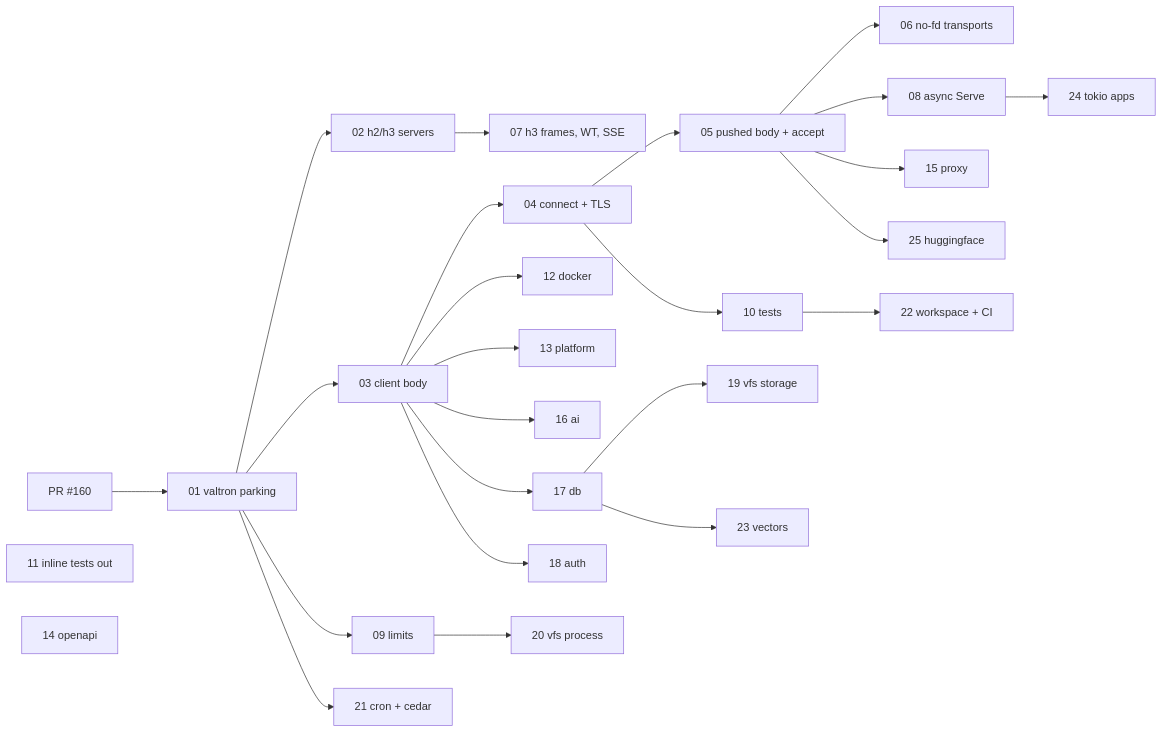
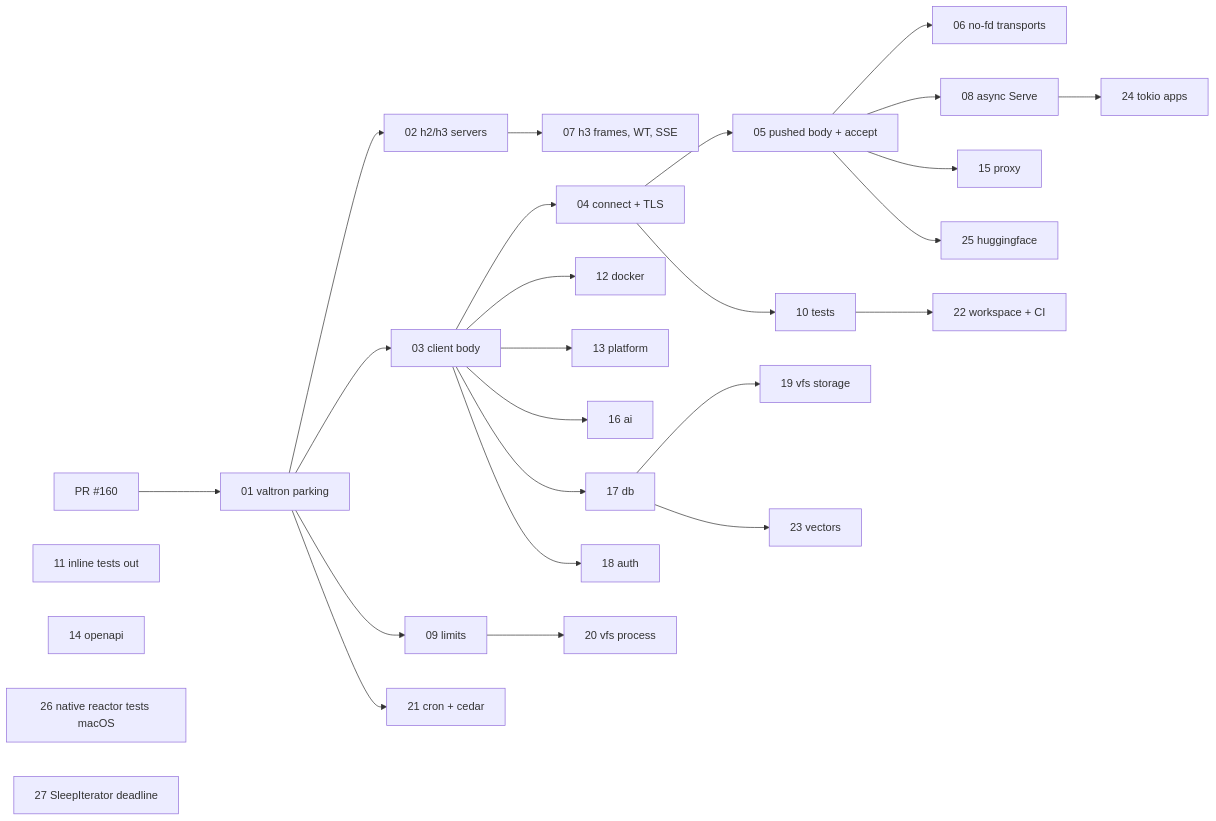
The diagram in specifications/70-foundational-io-hardening/requirements.md (ewe-studios/ewe_platform), drawn with Mermaid before and after one commit. The commit also changed other lines of this file and 4 other files, not shown here.

````diff
--- a/specifications/70-foundational-io-hardening/requirements.md
+++ b/specifications/70-foundational-io-hardening/requirements.md
@@ -156,28 +159,30 @@
 ```mermaid
 flowchart LR
     A[PR #160] --> F01[01 valtron parking]
     F01 --> F02[02 h2/h3 servers]
     F01 --> F03[03 client body]
     F01 --> F09[09 limits]
     F03 --> F04[04 connect + TLS]
     F04 --> F05[05 pushed body + accept]
     F05 --> F06[06 no-fd transports]
     F05 --> F08[08 async Serve]
     F02 --> F07[07 h3 frames, WT, SSE]
     F04 --> F10[10 tests]
     F11[11 inline tests out]
     F03 --> F12[12 docker]
     F03 --> F13[13 platform]
     F14[14 openapi]
     F05 --> F15[15 proxy]
     F03 --> F16[16 ai]
     F03 --> F17[17 db]
     F03 --> F18[18 auth]
     F17 --> F19[19 vfs storage]
     F09 --> F20[20 vfs process]
     F01 --> F21[21 cron + cedar]
     F10 --> F22[22 workspace + CI]
     F17 --> F23[23 vectors]
     F08 --> F24[24 tokio apps]
     F05 --> F25[25 huggingface]
+    F26[26 native reactor tests macOS]
+    F27[27 SleepIterator deadline]
 ```
````
